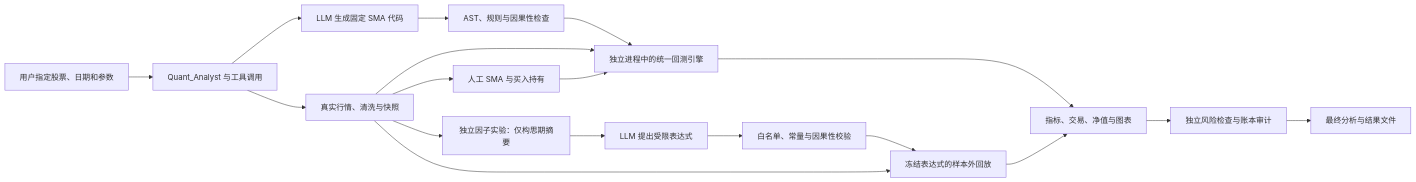
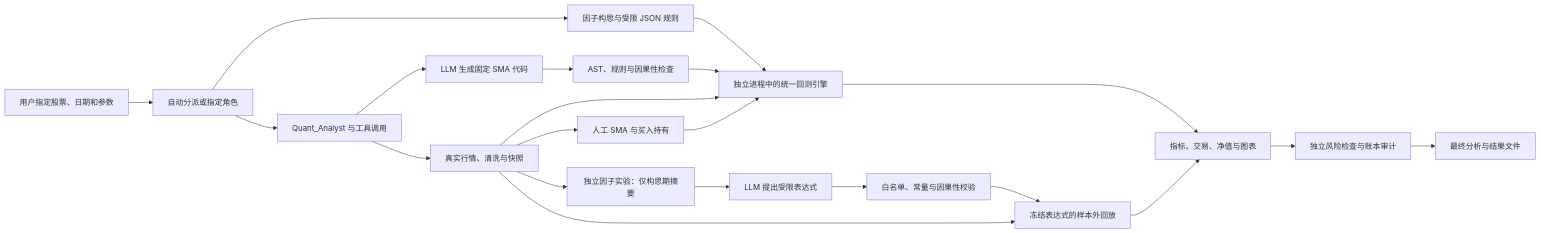
The diagram in README.md (Li018/Finrobot_MFM5110FinalProject_V2), drawn with Mermaid before and after one commit. The commit also changed other lines of this file and 24 other files, not shown here.

````diff
--- a/README.md
+++ b/README.md
@@ -366,20 +368,23 @@
 ```mermaid
 flowchart LR
-    U[用户指定股票、日期和参数] --> Q[Quant_Analyst 与工具调用]
+    U[用户指定股票、日期和参数] --> AR[自动分派或指定角色]
+    AR --> Q[Quant_Analyst 与工具调用]
+    AR --> J[因子构思与受限 JSON 规则]
+    J --> E
     Q --> D[真实行情、清洗与快照]
     D --> M[人工 SMA 与买入持有]
     Q --> L[LLM 生成固定 SMA 代码]
     L --> V[AST、规则与因果性检查]
     V --> E[独立进程中的统一回测引擎]
     D --> E
     M --> E
     E --> R[指标、交易、净值与图表]
     D --> S[独立因子实验：仅构思期摘要]
     S --> T[LLM 提出受限表达式]
     T --> V2[白名单、常量与因果性校验]
     V2 --> F[冻结表达式的样本外回放]
     D --> F
     F --> R
     R --> A[独立风险检查与账本审计]
     A --> O[最终分析与结果文件]
 ```
````
